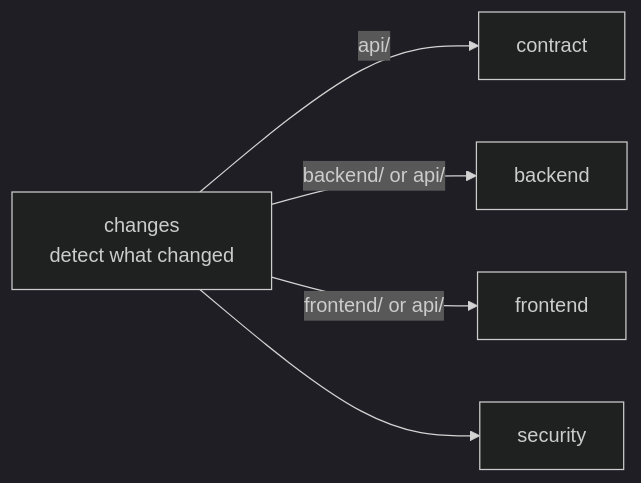
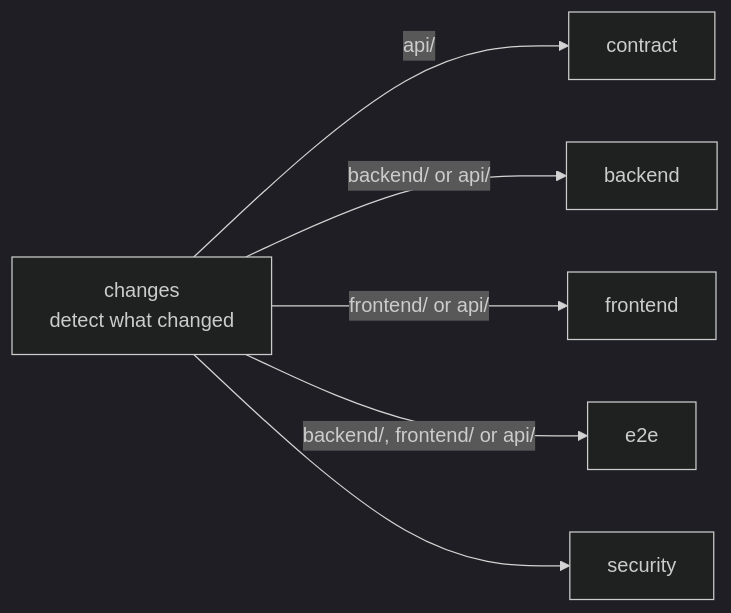
The diagram in docs/ci.md (JRamonCarralero/nexo), drawn with Mermaid (dark theme) before and after one commit. The commit also changed other lines of this file and 19 other files, not shown here.

First line of the commit message:
test(e2e): Playwright and axe end-to-end tests for the first flow

````diff
--- a/docs/ci.md
+++ b/docs/ci.md
@@ -53,8 +53,9 @@
 ```mermaid
 flowchart LR
     changes[changes<br/>detect what changed]
     changes -->|api/| contract[contract]
     changes -->|backend/ or api/| backend[backend]
     changes -->|frontend/ or api/| frontend[frontend]
+    changes -->|backend/, frontend/ or api/| e2e[e2e]
     changes --> security[security]
 ```
````
